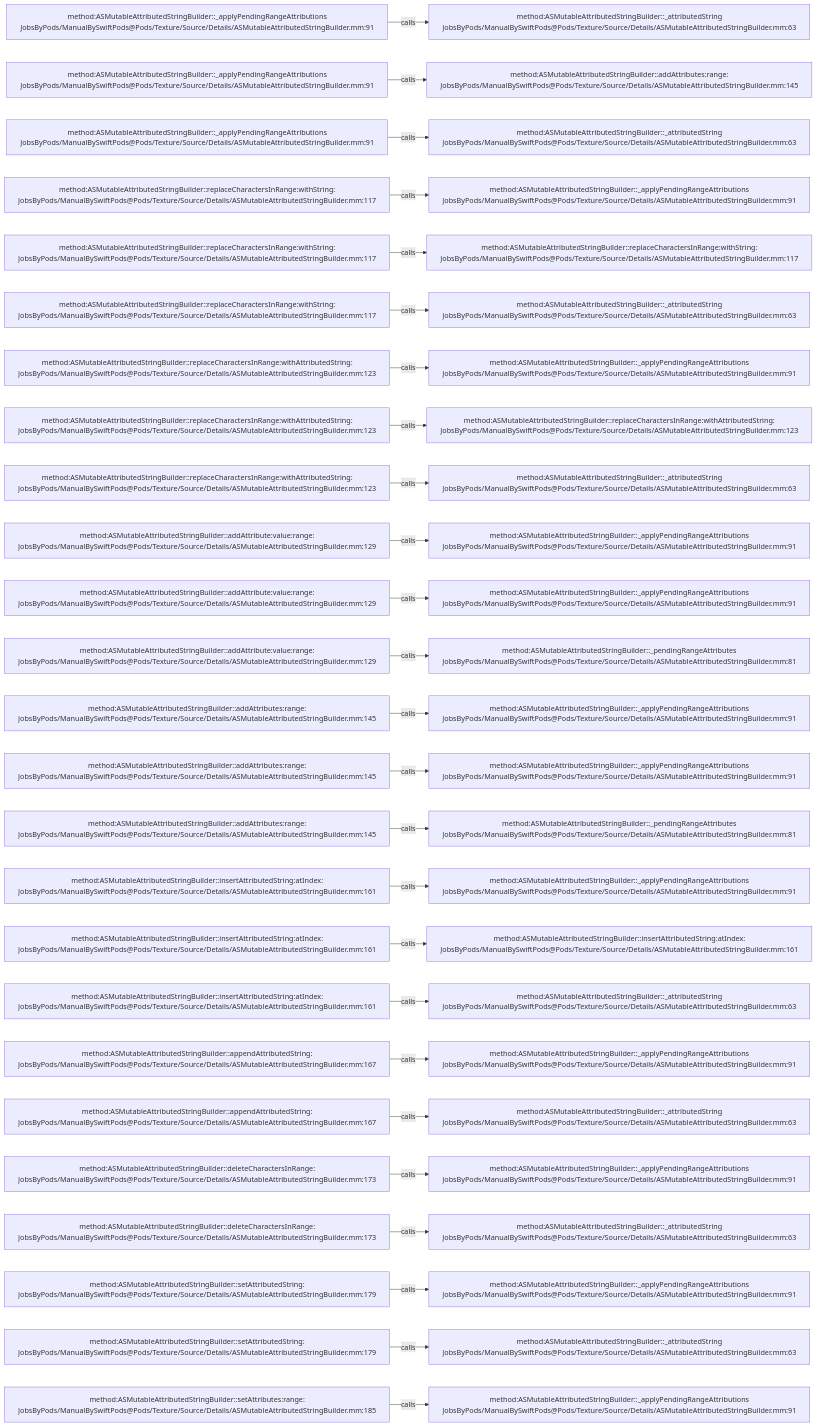
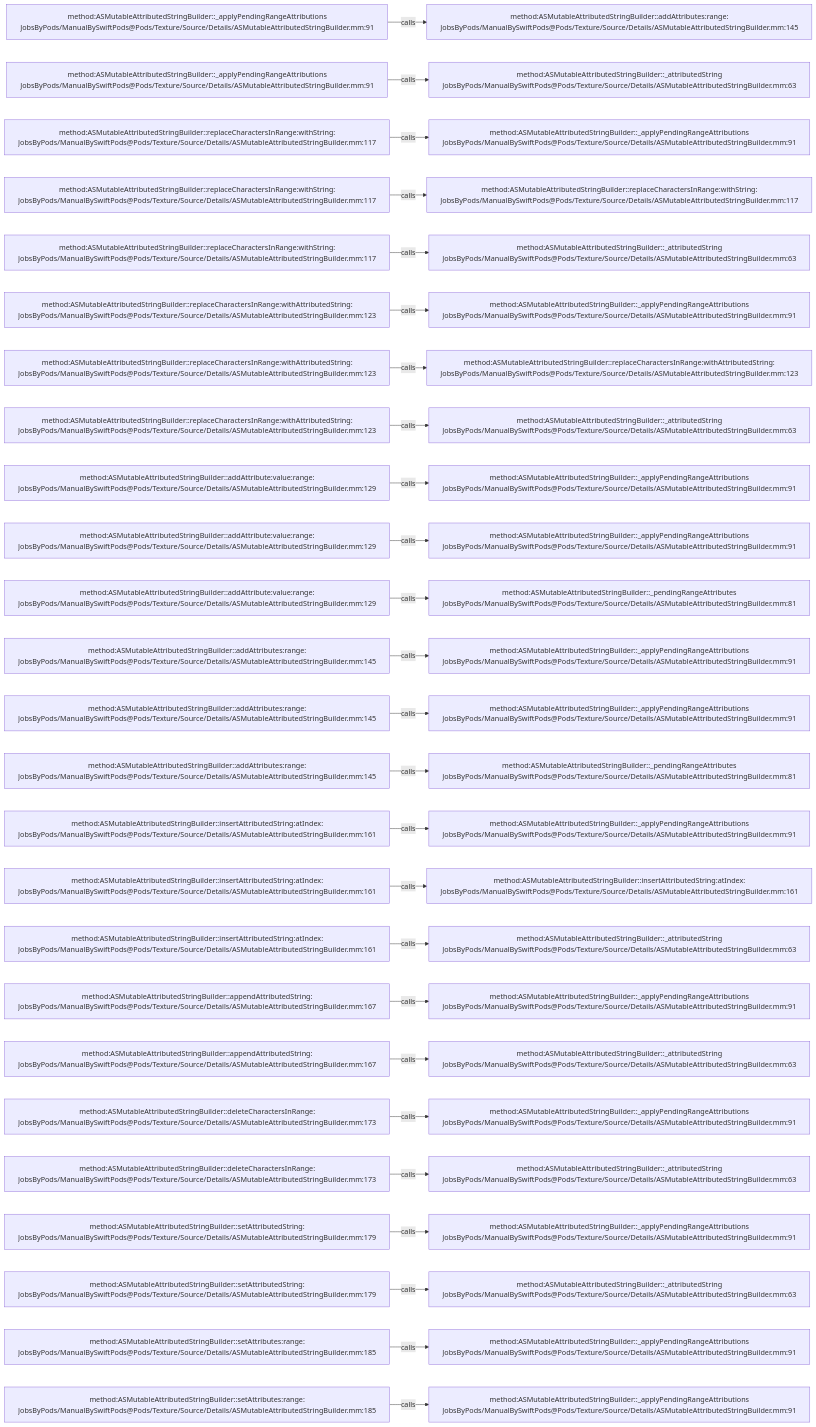
One commit to JobsKits/JobsSwiftBaseConfigDemo changed the diagram in .codegraph/codegraph.md/graphs/calls-090.md. Above: the diagram before and after it, drawn with Mermaid. The commit also changed 747 other files, not shown here.

````diff
--- a/.codegraph/codegraph.md/graphs/calls-090.md
+++ b/.codegraph/codegraph.md/graphs/calls-090.md
@@ -13,78 +13,78 @@
 ```mermaid
 flowchart LR
   S1["method:ASMutableAttributedStringBuilder::_applyPendingRangeAttributions<br/>JobsByPods/ManualBySwiftPods@Pods/Texture/Source/Details/ASMutableAttributedStringBuilder.mm:91"]
-  T1["method:ASMutableAttributedStringBuilder::_attributedString<br/>JobsByPods/ManualBySwiftPods@Pods/Texture/Source/Details/ASMutableAttributedStringBuilder.mm:63"]
+  T1["method:ASMutableAttributedStringBuilder::addAttributes:range:<br/>JobsByPods/ManualBySwiftPods@Pods/Texture/Source/Details/ASMutableAttributedStringBuilder.mm:145"]
   S1 -->|calls| T1
   S2["method:ASMutableAttributedStringBuilder::_applyPendingRangeAttributions<br/>JobsByPods/ManualBySwiftPods@Pods/Texture/Source/Details/ASMutableAttributedStringBuilder.mm:91"]
-  T2["method:ASMutableAttributedStringBuilder::addAttributes:range:<br/>JobsByPods/ManualBySwiftPods@Pods/Texture/Source/Details/ASMutableAttributedStringBuilder.mm:145"]
+  T2["method:ASMutableAttributedStringBuilder::_attributedString<br/>JobsByPods/ManualBySwiftPods@Pods/Texture/Source/Details/ASMutableAttributedStringBuilder.mm:63"]
   S2 -->|calls| T2
-  S3["method:ASMutableAttributedStringBuilder::_applyPendingRangeAttributions<br/>JobsByPods/ManualBySwiftPods@Pods/Texture/Source/Details/ASMutableAttributedStringBuilder.mm:91"]
-  T3["method:ASMutableAttributedStringBuilder::_attributedString<br/>JobsByPods/ManualBySwiftPods@Pods/Texture/Source/Details/ASMutableAttributedStringBuilder.mm:63"]
+  S3["method:ASMutableAttributedStringBuilder::replaceCharactersInRange:withString:<br/>JobsByPods/ManualBySwiftPods@Pods/Texture/Source/Details/ASMutableAttributedStringBuilder.mm:117"]
+  T3["method:ASMutableAttributedStringBuilder::_applyPendingRangeAttributions<br/>JobsByPods/ManualBySwiftPods@Pods/Texture/Source/Details/ASMutableAttributedStringBuilder.mm:91"]
   S3 -->|calls| T3
   S4["method:ASMutableAttributedStringBuilder::replaceCharactersInRange:withString:<br/>JobsByPods/ManualBySwiftPods@Pods/Texture/Source/Details/ASMutableAttributedStringBuilder.mm:117"]
-  T4["method:ASMutableAttributedStringBuilder::_applyPendingRangeAttributions<br/>JobsByPods/ManualBySwiftPods@Pods/Texture/Source/Details/ASMutableAttributedStringBuilder.mm:91"]
+  T4["method:ASMutableAttributedStringBuilder::replaceCharactersInRange:withString:<br/>JobsByPods/ManualBySwiftPods@Pods/Texture/Source/Details/ASMutableAttributedStringBuilder.mm:117"]
   S4 -->|calls| T4
   S5["method:ASMutableAttributedStringBuilder::replaceCharactersInRange:withString:<br/>JobsByPods/ManualBySwiftPods@Pods/Texture/Source/Details/ASMutableAttributedStringBuilder.mm:117"]
-  T5["method:ASMutableAttributedStringBuilder::replaceCharactersInRange:withString:<br/>JobsByPods/ManualBySwiftPods@Pods/Texture/Source/Details/ASMutableAttributedStringBuilder.mm:117"]
+  T5["method:ASMutableAttributedStringBuilder::_attributedString<br/>JobsByPods/ManualBySwiftPods@Pods/Texture/Source/Details/ASMutableAttributedStringBuilder.mm:63"]
   S5 -->|calls| T5
-  S6["method:ASMutableAttributedStringBuilder::replaceCharactersInRange:withString:<br/>JobsByPods/ManualBySwiftPods@Pods/Texture/Source/Details/ASMutableAttributedStringBuilder.mm:117"]
-  T6["method:ASMutableAttributedStringBuilder::_attributedString<br/>JobsByPods/ManualBySwiftPods@Pods/Texture/Source/Details/ASMutableAttributedStringBuilder.mm:63"]
+  S6["method:ASMutableAttributedStringBuilder::replaceCharactersInRange:withAttributedString:<br/>JobsByPods/ManualBySwiftPods@Pods/Texture/Source/Details/ASMutableAttributedStringBuilder.mm:123"]
+  T6["method:ASMutableAttributedStringBuilder::_applyPendingRangeAttributions<br/>JobsByPods/ManualBySwiftPods@Pods/Texture/Source/Details/ASMutableAttributedStringBuilder.mm:91"]
   S6 -->|calls| T6
   S7["method:ASMutableAttributedStringBuilder::replaceCharactersInRange:withAttributedString:<br/>JobsByPods/ManualBySwiftPods@Pods/Texture/Source/Details/ASMutableAttributedStringBuilder.mm:123"]
-  T7["method:ASMutableAttributedStringBuilder::_applyPendingRangeAttributions<br/>JobsByPods/ManualBySwiftPods@Pods/Texture/Source/Details/ASMutableAttributedStringBuilder.mm:91"]
+  T7["method:ASMutableAttributedStringBuilder::replaceCharactersInRange:withAttributedString:<br/>JobsByPods/ManualBySwiftPods@Pods/Texture/Source/Details/ASMutableAttributedStringBuilder.mm:123"]
   S7 -->|calls| T7
   S8["method:ASMutableAttributedStringBuilder::replaceCharactersInRange:withAttributedString:<br/>JobsByPods/ManualBySwiftPods@Pods/Texture/Source/Details/ASMutableAttributedStringBuilder.mm:123"]
-  T8["method:ASMutableAttributedStringBuilder::replaceCharactersInRange:withAttributedString:<br/>JobsByPods/ManualBySwiftPods@Pods/Texture/Source/Details/ASMutableAttributedStringBuilder.mm:123"]
+  T8["method:ASMutableAttributedStringBuilder::_attributedString<br/>JobsByPods/ManualBySwiftPods@Pods/Texture/Source/Details/ASMutableAttributedStringBuilder.mm:63"]
   S8 -->|calls| T8
-  S9["method:ASMutableAttributedStringBuilder::replaceCharactersInRange:withAttributedString:<br/>JobsByPods/ManualBySwiftPods@Pods/Texture/Source/Details/ASMutableAttributedStringBuilder.mm:123"]
-  T9["method:ASMutableAttributedStringBuilder::_attributedString<br/>JobsByPods/ManualBySwiftPods@Pods/Texture/Source/Details/ASMutableAttributedStringBuilder.mm:63"]
+  S9["method:ASMutableAttributedStringBuilder::addAttribute:value:range:<br/>JobsByPods/ManualBySwiftPods@Pods/Texture/Source/Details/ASMutableAttributedStringBuilder.mm:129"]
+  T9["method:ASMutableAttributedStringBuilder::_applyPendingRangeAttributions<br/>JobsByPods/ManualBySwiftPods@Pods/Texture/Source/Details/ASMutableAttributedStringBuilder.mm:91"]
   S9 -->|calls| T9
   S10["method:ASMutableAttributedStringBuilder::addAttribute:value:range:<br/>JobsByPods/ManualBySwiftPods@Pods/Texture/Source/Details/ASMutableAttributedStringBuilder.mm:129"]
   T10["method:ASMutableAttributedStringBuilder::_applyPendingRangeAttributions<br/>JobsByPods/ManualBySwiftPods@Pods/Texture/Source/Details/ASMutableAttributedStringBuilder.mm:91"]
   S10 -->|calls| T10
   S11["method:ASMutableAttributedStringBuilder::addAttribute:value:range:<br/>JobsByPods/ManualBySwiftPods@Pods/Texture/Source/Details/ASMutableAttributedStringBuilder.mm:129"]
-  T11["method:ASMutableAttributedStringBuilder::_applyPendingRangeAttributions<br/>JobsByPods/ManualBySwiftPods@Pods/Texture/Source/Details/ASMutableAttributedStringBuilder.mm:91"]
+  T11["method:ASMutableAttributedStringBuilder::_pendingRangeAttributes<br/>JobsByPods/ManualBySwiftPods@Pods/Texture/Source/Details/ASMutableAttributedStringBuilder.mm:81"]
   S11 -->|calls| T11
-  S12["method:ASMutableAttributedStringBuilder::addAttribute:value:range:<br/>JobsByPods/ManualBySwiftPods@Pods/Texture/Source/Details/ASMutableAttributedStringBuilder.mm:129"]
-  T12["method:ASMutableAttributedStringBuilder::_pendingRangeAttributes<br/>JobsByPods/ManualBySwiftPods@Pods/Texture/Source/Details/ASMutableAttributedStringBuilder.mm:81"]
+  S12["method:ASMutableAttributedStringBuilder::addAttributes:range:<br/>JobsByPods/ManualBySwiftPods@Pods/Texture/Source/Details/ASMutableAttributedStringBuilder.mm:145"]
+  T12["method:ASMutableAttributedStringBuilder::_applyPendingRangeAttributions<br/>JobsByPods/ManualBySwiftPods@Pods/Texture/Source/Details/ASMutableAttributedStringBuilder.mm:91"]
   S12 -->|calls| T12
   S13["method:ASMutableAttributedStringBuilder::addAttributes:range:<br/>JobsByPods/ManualBySwiftPods@Pods/Texture/Source/Details/ASMutableAttributedStringBuilder.mm:145"]
   T13["method:ASMutableAttributedStringBuilder::_applyPendingRangeAttributions<br/>JobsByPods/ManualBySwiftPods@Pods/Texture/Source/Details/ASMutableAttributedStringBuilder.mm:91"]
   S13 -->|calls| T13
   S14["method:ASMutableAttributedStringBuilder::addAttributes:range:<br/>JobsByPods/ManualBySwiftPods@Pods/Texture/Source/Details/ASMutableAttributedStringBuilder.mm:145"]
-  T14["method:ASMutableAttributedStringBuilder::_applyPendingRangeAttributions<br/>JobsByPods/ManualBySwiftPods@Pods/Texture/Source/Details/ASMutableAttributedStringBuilder.mm:91"]
+  T14["method:ASMutableAttributedStringBuilder::_pendingRangeAttributes<br/>JobsByPods/ManualBySwiftPods@Pods/Texture/Source/Details/ASMutableAttributedStringBuilder.mm:81"]
   S14 -->|calls| T14
-  S15["method:ASMutableAttributedStringBuilder::addAttributes:range:<br/>JobsByPods/ManualBySwiftPods@Pods/Texture/Source/Details/ASMutableAttributedStringBuilder.mm:145"]
-  T15["method:ASMutableAttributedStringBuilder::_pendingRangeAttributes<br/>JobsByPods/ManualBySwiftPods@Pods/Texture/Source/Details/ASMutableAttributedStringBuilder.mm:81"]
+  S15["method:ASMutableAttributedStringBuilder::insertAttributedString:atIndex:<br/>JobsByPods/ManualBySwiftPods@Pods/Texture/Source/Details/ASMutableAttributedStringBuilder.mm:161"]
+  T15["method:ASMutableAttributedStringBuilder::_applyPendingRangeAttributions<br/>JobsByPods/ManualBySwiftPods@Pods/Texture/Source/Details/ASMutableAttributedStringBuilder.mm:91"]
   S15 -->|calls| T15
   S16["method:ASMutableAttributedStringBuilder::insertAttributedString:atIndex:<br/>JobsByPods/ManualBySwiftPods@Pods/Texture/Source/Details/ASMutableAttributedStringBuilder.mm:161"]
-  T16["method:ASMutableAttributedStringBuilder::_applyPendingRangeAttributions<br/>JobsByPods/ManualBySwiftPods@Pods/Texture/Source/Details/ASMutableAttributedStringBuilder.mm:91"]
+  T16["method:ASMutableAttributedStringBuilder::insertAttributedString:atIndex:<br/>JobsByPods/ManualBySwiftPods@Pods/Texture/Source/Details/ASMutableAttributedStringBuilder.mm:161"]
   S16 -->|calls| T16
   S17["method:ASMutableAttributedStringBuilder::insertAttributedString:atIndex:<br/>JobsByPods/ManualBySwiftPods@Pods/Texture/Source/Details/ASMutableAttributedStringBuilder.mm:161"]
-  T17["method:ASMutableAttributedStringBuilder::insertAttributedString:atIndex:<br/>JobsByPods/ManualBySwiftPods@Pods/Texture/Source/Details/ASMutableAttributedStringBuilder.mm:161"]
+  T17["method:ASMutableAttributedStringBuilder::_attributedString<br/>JobsByPods/ManualBySwiftPods@Pods/Texture/Source/Details/ASMutableAttributedStringBuilder.mm:63"]
   S17 -->|calls| T17
-  S18["method:ASMutableAttributedStringBuilder::insertAttributedString:atIndex:<br/>JobsByPods/ManualBySwiftPods@Pods/Texture/Source/Details/ASMutableAttributedStringBuilder.mm:161"]
-  T18["method:ASMutableAttributedStringBuilder::_attributedString<br/>JobsByPods/ManualBySwiftPods@Pods/Texture/Source/Details/ASMutableAttributedStringBuilder.mm:63"]
+  S18["method:ASMutableAttributedStringBuilder::appendAttributedString:<br/>JobsByPods/ManualBySwiftPods@Pods/Texture/Source/Details/ASMutableAttributedStringBuilder.mm:167"]
+  T18["method:ASMutableAttributedStringBuilder::_applyPendingRangeAttributions<br/>JobsByPods/ManualBySwiftPods@Pods/Texture/Source/Details/ASMutableAttributedStringBuilder.mm:91"]
   S18 -->|calls| T18
   S19["method:ASMutableAttributedStringBuilder::appendAttributedString:<br/>JobsByPods/ManualBySwiftPods@Pods/Texture/Source/Details/ASMutableAttributedStringBuilder.mm:167"]
-  T19["method:ASMutableAttributedStringBuilder::_applyPendingRangeAttributions<br/>JobsByPods/ManualBySwiftPods@Pods/Texture/Source/Details/ASMutableAttributedStringBuilder.mm:91"]
+  T19["method:ASMutableAttributedStringBuilder::_attributedString<br/>JobsByPods/ManualBySwiftPods@Pods/Texture/Source/Details/ASMutableAttributedStringBuilder.mm:63"]
   S19 -->|calls| T19
-  S20["method:ASMutableAttributedStringBuilder::appendAttributedString:<br/>JobsByPods/ManualBySwiftPods@Pods/Texture/Source/Details/ASMutableAttributedStringBuilder.mm:167"]
-  T20["method:ASMutableAttributedStringBuilder::_attributedString<br/>JobsByPods/ManualBySwiftPods@Pods/Texture/Source/Details/ASMutableAttributedStringBuilder.mm:63"]
+  S20["method:ASMutableAttributedStringBuilder::deleteCharactersInRange:<br/>JobsByPods/ManualBySwiftPods@Pods/Texture/Source/Details/ASMutableAttributedStringBuilder.mm:173"]
+  T20["method:ASMutableAttributedStringBuilder::_applyPendingRangeAttributions<br/>JobsByPods/ManualBySwiftPods@Pods/Texture/Source/Details/ASMutableAttributedStringBuilder.mm:91"]
   S20 -->|calls| T20
   S21["method:ASMutableAttributedStringBuilder::deleteCharactersInRange:<br/>JobsByPods/ManualBySwiftPods@Pods/Texture/Source/Details/ASMutableAttributedStringBuilder.mm:173"]
-  T21["method:ASMutableAttributedStringBuilder::_applyPendingRangeAttributions<br/>JobsByPods/ManualBySwiftPods@Pods/Texture/Source/Details/ASMutableAttributedStringBuilder.mm:91"]
+  T21["method:ASMutableAttributedStringBuilder::_attributedString<br/>JobsByPods/ManualBySwiftPods@Pods/Texture/Source/Details/ASMutableAttributedStringBuilder.mm:63"]
   S21 -->|calls| T21
-  S22["method:ASMutableAttributedStringBuilder::deleteCharactersInRange:<br/>JobsByPods/ManualBySwiftPods@Pods/Texture/Source/Details/ASMutableAttributedStringBuilder.mm:173"]
-  T22["method:ASMutableAttributedStringBuilder::_attributedString<br/>JobsByPods/ManualBySwiftPods@Pods/Texture/Source/Details/ASMutableAttributedStringBuilder.mm:63"]
+  S22["method:ASMutableAttributedStringBuilder::setAttributedString:<br/>JobsByPods/ManualBySwiftPods@Pods/Texture/Source/Details/ASMutableAttributedStringBuilder.mm:179"]
+  T22["method:ASMutableAttributedStringBuilder::_applyPendingRangeAttributions<br/>JobsByPods/ManualBySwiftPods@Pods/Texture/Source/Details/ASMutableAttributedStringBuilder.mm:91"]
   S22 -->|calls| T22
   S23["method:ASMutableAttributedStringBuilder::setAttributedString:<br/>JobsByPods/ManualBySwiftPods@Pods/Texture/Source/Details/ASMutableAttributedStringBuilder.mm:179"]
-  T23["method:ASMutableAttributedStringBuilder::_applyPendingRangeAttributions<br/>JobsByPods/ManualBySwiftPods@Pods/Texture/Source/Details/ASMutableAttributedStringBuilder.mm:91"]
+  T23["method:ASMutableAttributedStringBuilder::_attributedString<br/>JobsByPods/ManualBySwiftPods@Pods/Texture/Source/Details/ASMutableAttributedStringBuilder.mm:63"]
   S23 -->|calls| T23
-  S24["method:ASMutableAttributedStringBuilder::setAttributedString:<br/>JobsByPods/ManualBySwiftPods@Pods/Texture/Source/Details/ASMutableAttributedStringBuilder.mm:179"]
-  T24["method:ASMutableAttributedStringBuilder::_attributedString<br/>JobsByPods/ManualBySwiftPods@Pods/Texture/Source/Details/ASMutableAttributedStringBuilder.mm:63"]
+  S24["method:ASMutableAttributedStringBuilder::setAttributes:range:<br/>JobsByPods/ManualBySwiftPods@Pods/Texture/Source/Details/ASMutableAttributedStringBuilder.mm:185"]
+  T24["method:ASMutableAttributedStringBuilder::_applyPendingRangeAttributions<br/>JobsByPods/ManualBySwiftPods@Pods/Texture/Source/Details/ASMutableAttributedStringBuilder.mm:91"]
   S24 -->|calls| T24
   S25["method:ASMutableAttributedStringBuilder::setAttributes:range:<br/>JobsByPods/ManualBySwiftPods@Pods/Texture/Source/Details/ASMutableAttributedStringBuilder.mm:185"]
   T25["method:ASMutableAttributedStringBuilder::_applyPendingRangeAttributions<br/>JobsByPods/ManualBySwiftPods@Pods/Texture/Source/Details/ASMutableAttributedStringBuilder.mm:91"]
   S25 -->|calls| T25
 ```
````
